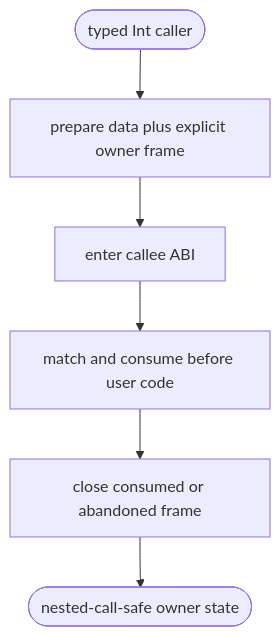
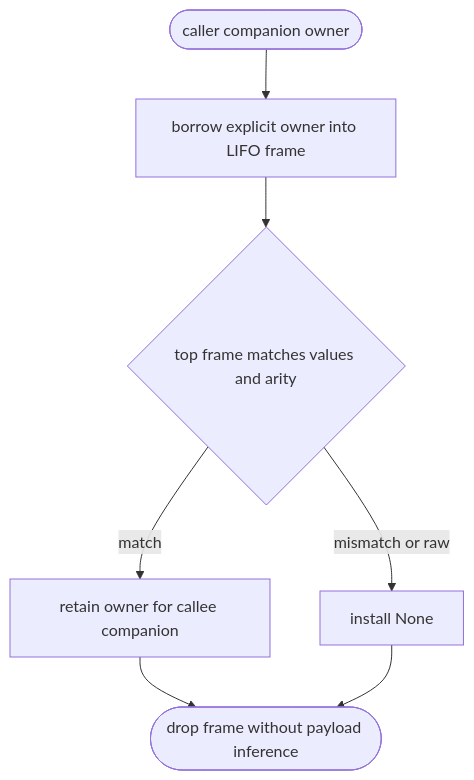
The first of 2 diagrams in .aw/tech-design/projects/mamba/logic/mamba-strict-type-carry-raw-int-argument-owners-across-call-boun.md (chrischeng-c4/axiom), drawn with Mermaid before and after one commit. The commit also changed other lines of this file, not shown here.

Commit message:
td(1451) — contract section: logic
Lifecycle-Slug: 1451
Work-Item: 1451
Lifecycle-Stage: Td-Section
Lifecycle-Phase: td_contract_in_progress
Lifecycle-Pass: contract
TD-Section: logic
Previous-Phase: td_applicability_created
Next-Phase: td_contract_in_progress
Next-Command: aw td create

````diff
--- a/.aw/tech-design/projects/mamba/logic/mamba-strict-type-carry-raw-int-argument-owners-across-call-boun.md
+++ b/.aw/tech-design/projects/mamba/logic/mamba-strict-type-carry-raw-int-argument-owners-across-call-boun.md
@@ -10,25 +10,27 @@
 ```mermaid
 ---
-id: mamba-strict-type-argument-owner-frame
-entry: call_with_typed_int_argument
+id: mamba-strict-type-argument-owner-frame-contract
+entry: prepare_argument_owner_frame
 nodes:
-  caller: { kind: start, label: "typed Int caller" }
-  prepare: { kind: process, label: "prepare frame with data and explicit owner" }
-  invoke: { kind: process, label: "enter callee ABI" }
-  consume: { kind: process, label: "match and consume frame before user code" }
-  cleanup: { kind: process, label: "close consumed or abandoned frame" }
-  done: { kind: terminal, label: "nested-call-safe owner state" }
+  caller_owner: { kind: start, label: "caller companion owner" }
+  frame_borrow: { kind: process, label: "borrow explicit owner into LIFO frame" }
+  matching_entry: { kind: decision, label: "top frame matches argument values and arity" }
+  callee_retain: { kind: process, label: "retain matching owner for callee companion" }
+  ownerless: { kind: process, label: "install None" }
+  close: { kind: terminal, label: "drop frame without payload inference" }
 edges:
-  - { from: caller, to: prepare }
-  - { from: prepare, to: invoke }
-  - { from: invoke, to: consume }
-  - { from: consume, to: cleanup }
-  - { from: cleanup, to: done }
+  - { from: caller_owner, to: frame_borrow }
+  - { from: frame_borrow, to: matching_entry }
+  - { from: matching_entry, to: callee_retain, label: match }
+  - { from: matching_entry, to: ownerless, label: mismatch or raw }
+  - { from: callee_retain, to: close }
+  - { from: ownerless, to: close }
 ---
 flowchart TD
-    caller([typed Int caller]) --> prepare[prepare data plus explicit owner frame]
-    prepare --> invoke[enter callee ABI]
-    invoke --> consume[match and consume before user code]
-    consume --> cleanup[close consumed or abandoned frame]
-    cleanup --> done([nested-call-safe owner state])
+    caller([caller companion owner]) --> frame[borrow explicit owner into LIFO frame]
+    frame --> match{top frame matches values and arity}
+    match -->|match| retain[retain owner for callee companion]
+    match -->|mismatch or raw| none[install None]
+    retain --> close([drop frame without payload inference])
+    none --> close
 ```
````
